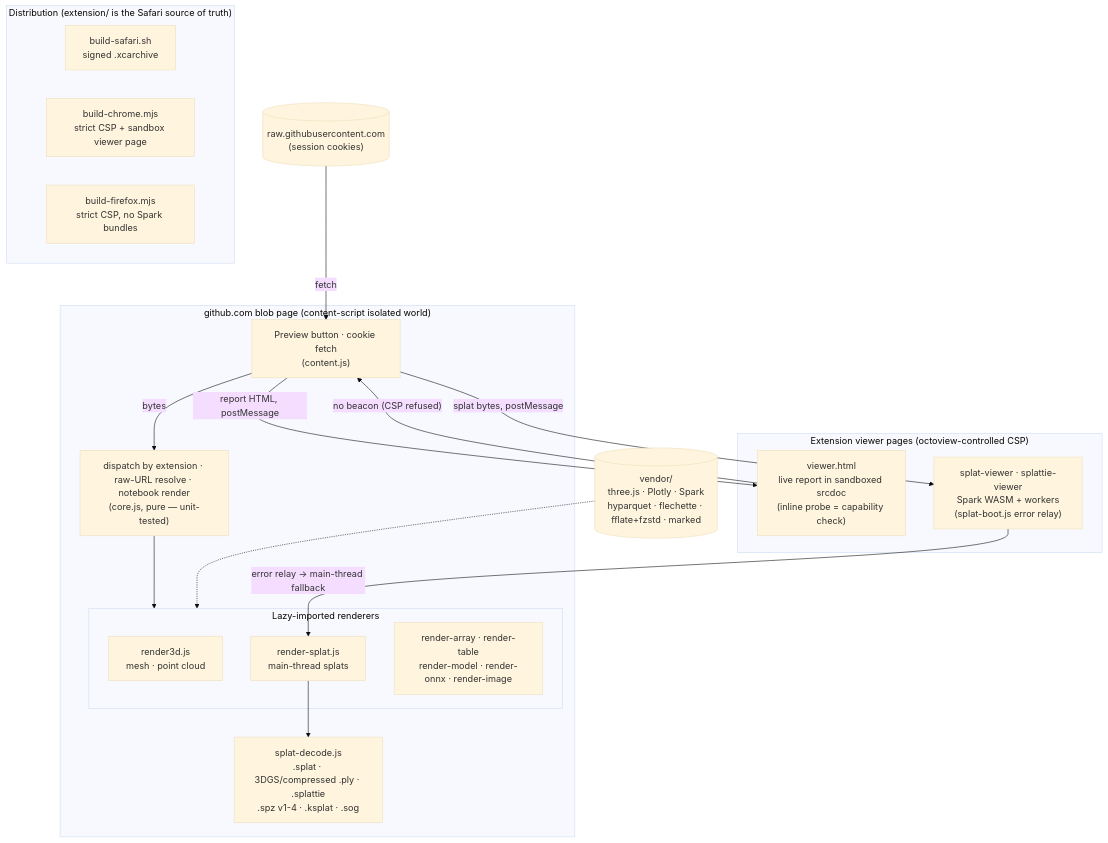
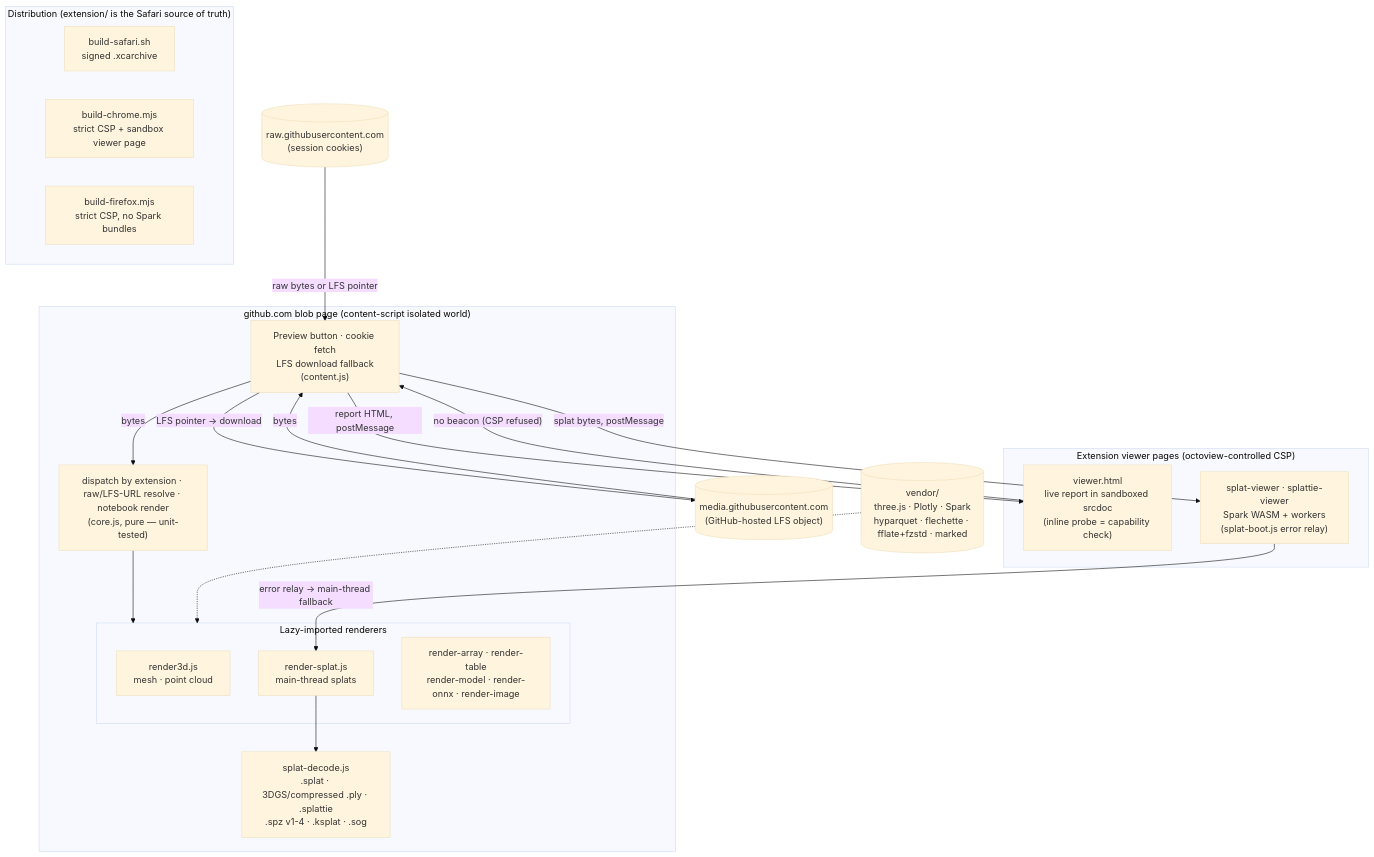
One commit to affromero/octoview changed the diagram in README.md. Above: the diagram before and after it, drawn with Mermaid (base theme). The commit also changed other lines of this file and 5 other files, not shown here.

Commit message:
Support Git LFS preview downloads

````diff
--- a/README.md
+++ b/README.md
@@ -137,37 +139,40 @@
 ```mermaid
 flowchart TD
     subgraph blob["github.com blob page (content-script isolated world)"]
-        content["Preview button · cookie fetch<br/>(content.js)"]
-        core["dispatch by extension · raw-URL resolve · notebook render<br/>(core.js, pure — unit-tested)"]
+        content["Preview button · cookie fetch<br/>LFS download fallback<br/>(content.js)"]
+        core["dispatch by extension · raw/LFS-URL resolve · notebook render<br/>(core.js, pure — unit-tested)"]
         subgraph renderers["Lazy-imported renderers"]
             r3d["render3d.js<br/>mesh · point cloud"]
             rsplat["render-splat.js<br/>main-thread splats"]
             rmisc["render-array · render-table<br/>render-model · render-onnx · render-image"]
         end
         decode["splat-decode.js<br/>.splat · 3DGS/compressed .ply · .splattie<br/>.spz v1-4 · .ksplat · .sog"]
     end
 
     subgraph pages["Extension viewer pages (octoview-controlled CSP)"]
         viewer["viewer.html<br/>live report in sandboxed srcdoc<br/>(inline probe = capability check)"]
         sparkview["splat-viewer · splattie-viewer<br/>Spark WASM + workers<br/>(splat-boot.js error relay)"]
     end
 
     gh[("raw.githubusercontent.com<br/>(session cookies)")]
+    lfs[("media.githubusercontent.com<br/>(GitHub-hosted LFS object)")]
     vendor[("vendor/<br/>three.js · Plotly · Spark<br/>hyparquet · flechette · fflate+fzstd · marked")]
 
     content -->|bytes| core
-    gh -->|fetch| content
+    gh -->|raw bytes or LFS pointer| content
+    content -->|LFS pointer → download| lfs
+    lfs -->|bytes| content
     core --> renderers
     rsplat --> decode
     vendor -.-> renderers
     content -->|report HTML, postMessage| viewer
     content -->|splat bytes, postMessage| sparkview
     viewer -->|"no beacon (CSP refused)"| content
     sparkview -->|"error relay → main-thread fallback"| rsplat
 
     subgraph builds["Distribution (extension/ is the Safari source of truth)"]
         safari["build-safari.sh<br/>signed .xcarchive"]
         chrome["build-chrome.mjs<br/>strict CSP + sandbox viewer page"]
         firefox["build-firefox.mjs<br/>strict CSP, no Spark bundles"]
     end
 ```
````
